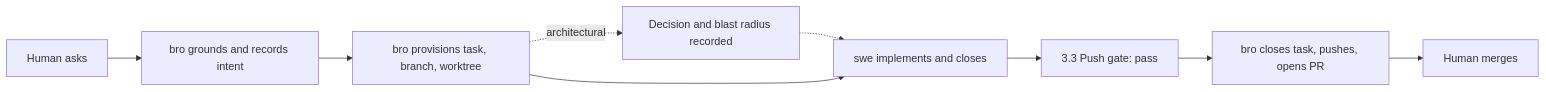
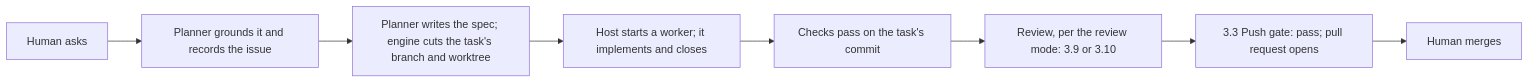
The seventh of 24 diagrams in docs/architecture/FLOWS.md (trustmybot/tmb), drawn with Mermaid before and after one commit. The commit also changed other lines of this file and 38 other files, not shown here.

````diff
--- a/docs/architecture/FLOWS.md
+++ b/docs/architecture/FLOWS.md
@@ -91,11 +127,10 @@
 ```mermaid
 flowchart LR
-    A[Human asks] --> B[bro grounds and records intent]
-    B --> C[bro provisions task, branch, worktree]
-    C -. architectural .-> C1[Decision and blast radius recorded]
-    C1 -.-> D
-    C --> D[swe implements and closes]
-    D --> E[3.3 Push gate: pass]
-    E --> F[bro closes task, pushes, opens PR]
-    F --> G[Human merges]
+    A["Human asks"] --> B["Planner grounds it and records the issue"]
+    B --> C["Planner writes the spec; engine cuts the task's branch and worktree"]
+    C --> D["Host starts a worker; it implements and closes"]
+    D --> E["Checks pass on the task's commit"]
+    E --> F["Review, per the review mode: 3.9 or 3.10"]
+    F --> G["3.3 Push gate: pass; pull request opens"]
+    G --> H["Human merges"]
 ```
````
